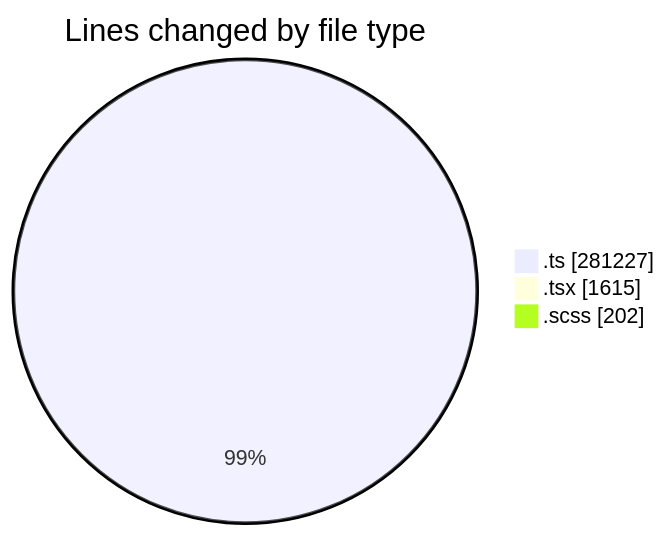
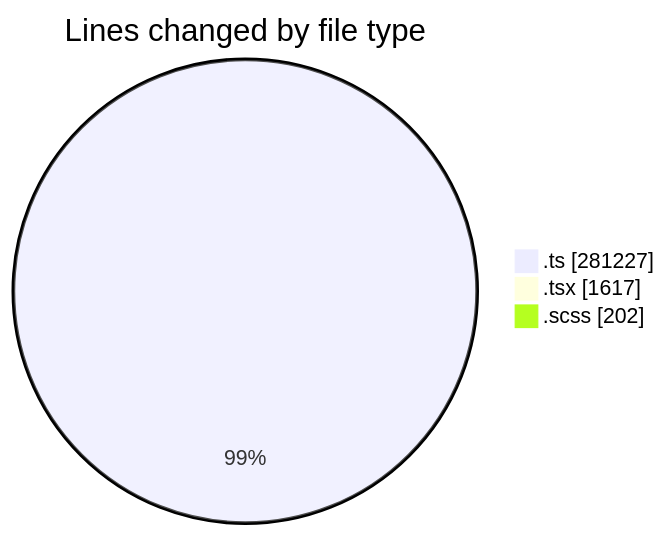
The first of 2 diagrams in 2025-08-22/cda/README.md (momahboobian/code-tracking), drawn with Mermaid before and after one commit. The commit also changed other lines of this file and 1 other file, not shown here.

````diff
--- a/2025-08-22/cda/README.md
+++ b/2025-08-22/cda/README.md
@@ -39,7 +39,7 @@
 ```mermaid
 pie showData
 title Lines changed by file type
 ".ts" : 281227
-".tsx" : 1615
+".tsx" : 1617
 ".scss" : 202
 ```
````
